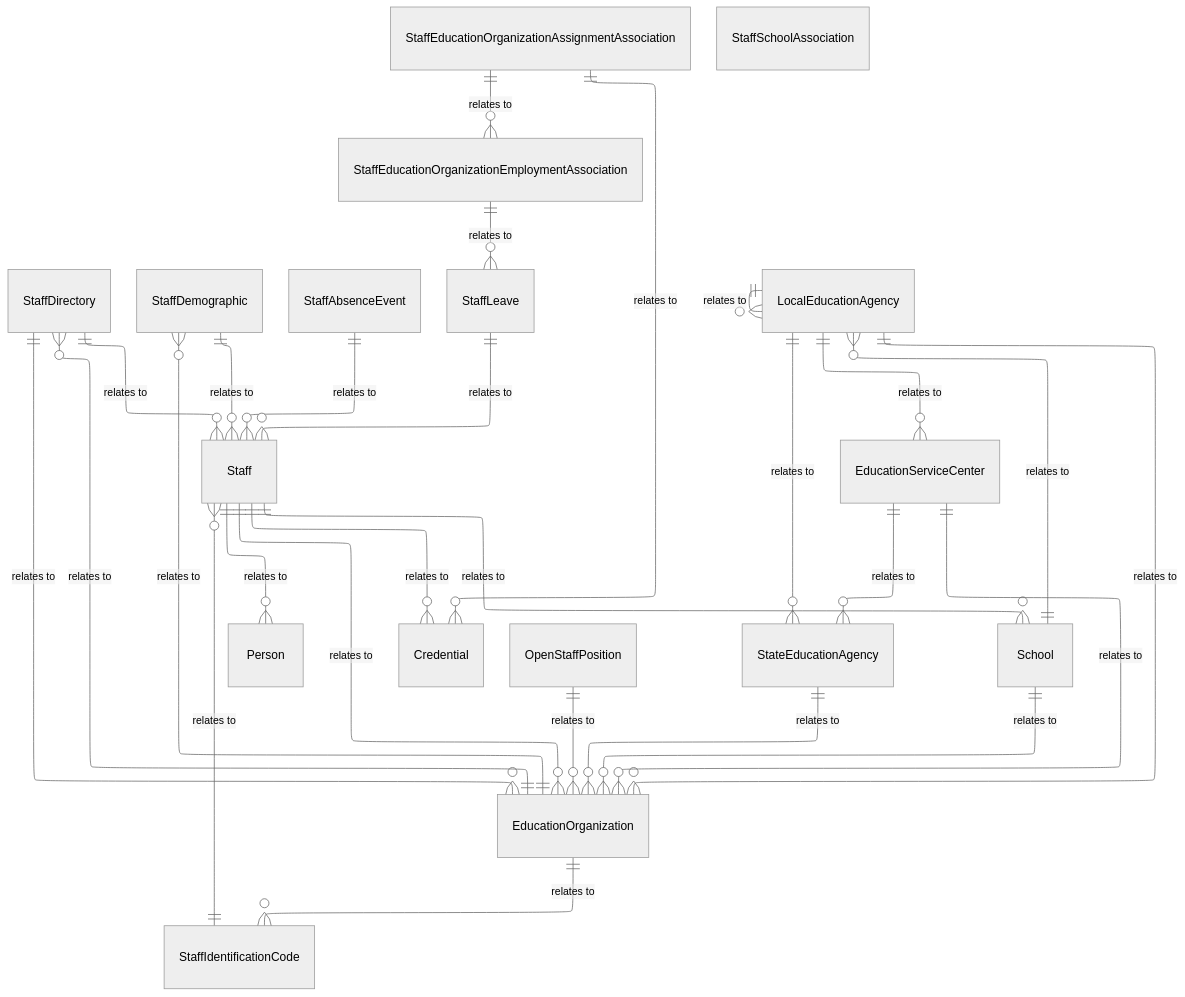
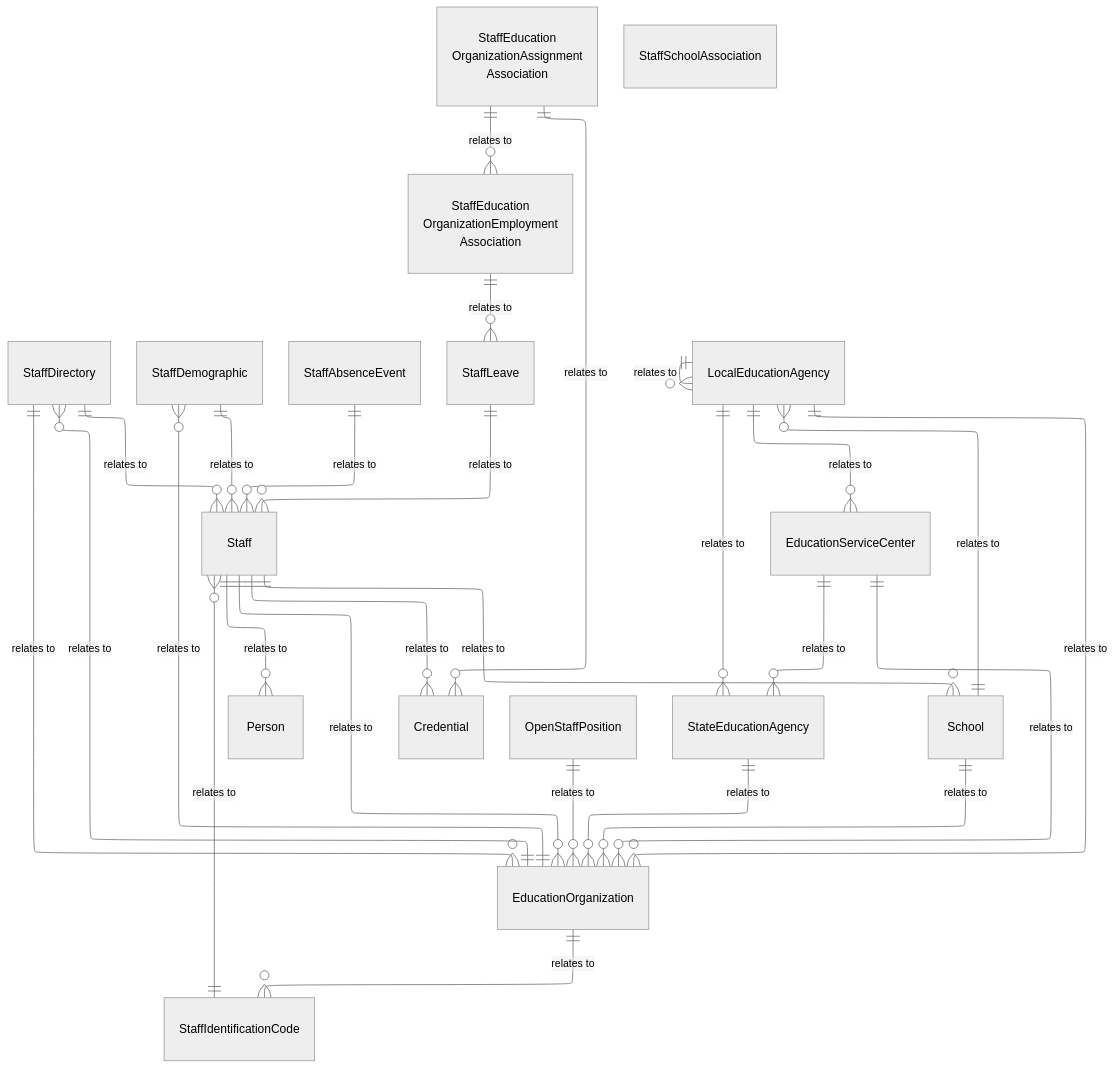
Before and after one commit to Ed-Fi-Alliance-OSS/ed-fi-alliance-oss.github.io: the diagram in dataStandard_versioned_docs/version-6/model-reference/staff-domain/model-diagrams.md, drawn with Mermaid (neutral theme). The commit also changed 24 other files, not shown here.

````diff
--- a/dataStandard_versioned_docs/version-6/model-reference/staff-domain/model-diagrams.md
+++ b/dataStandard_versioned_docs/version-6/model-reference/staff-domain/model-diagrams.md
@@ -12,10 +12,8 @@
 ```mermaid
 ---
-
 config:
   layout: elk
 ---
-
 erDiagram
     Staff {
     }
@@ -33,9 +31,9 @@
     }
     StaffLeave {
     }
-    StaffEducationOrganizationEmploymentAssociation {
+    StaffEducationOrganizationEmploymentAssociation["StaffEducation<br/>OrganizationEmployment<br/>Association"] {
     }
-    StaffEducationOrganizationAssignmentAssociation {
+    StaffEducationOrganizationAssignmentAssociation["StaffEducation<br/>OrganizationAssignment<br/>Association"] {
     }
     StaffSchoolAssociation {
     }
@@ -77,4 +75,21 @@
     EducationServiceCenter ||--o{ EducationOrganization : "relates to"
     EducationServiceCenter ||--o{ StateEducationAgency : "relates to"
     StateEducationAgency ||--o{ EducationOrganization : "relates to"
+    style Staff color:#000000
+    style StaffIdentificationCode color:#000000
+    style StaffDirectory color:#000000
+    style StaffDemographic color:#000000
+    style Person color:#000000
+    style Credential color:#000000
+    style StaffAbsenceEvent color:#000000
+    style StaffLeave color:#000000
+    style StaffEducationOrganizationEmploymentAssociation color:#000000
+    style StaffEducationOrganizationAssignmentAssociation color:#000000
+    style StaffSchoolAssociation color:#000000
+    style OpenStaffPosition color:#000000
+    style EducationOrganization color:#000000
+    style EducationServiceCenter color:#000000
+    style LocalEducationAgency color:#000000
+    style StateEducationAgency color:#000000
+    style School color:#000000
 ```
````
